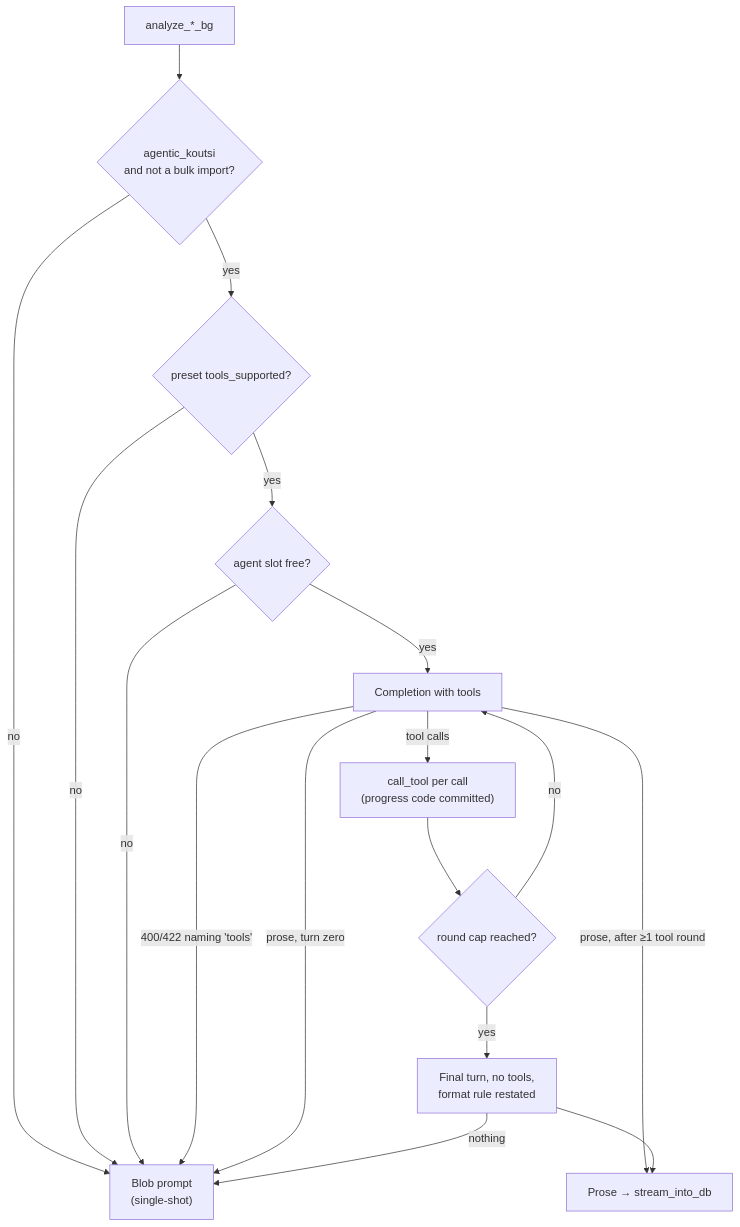
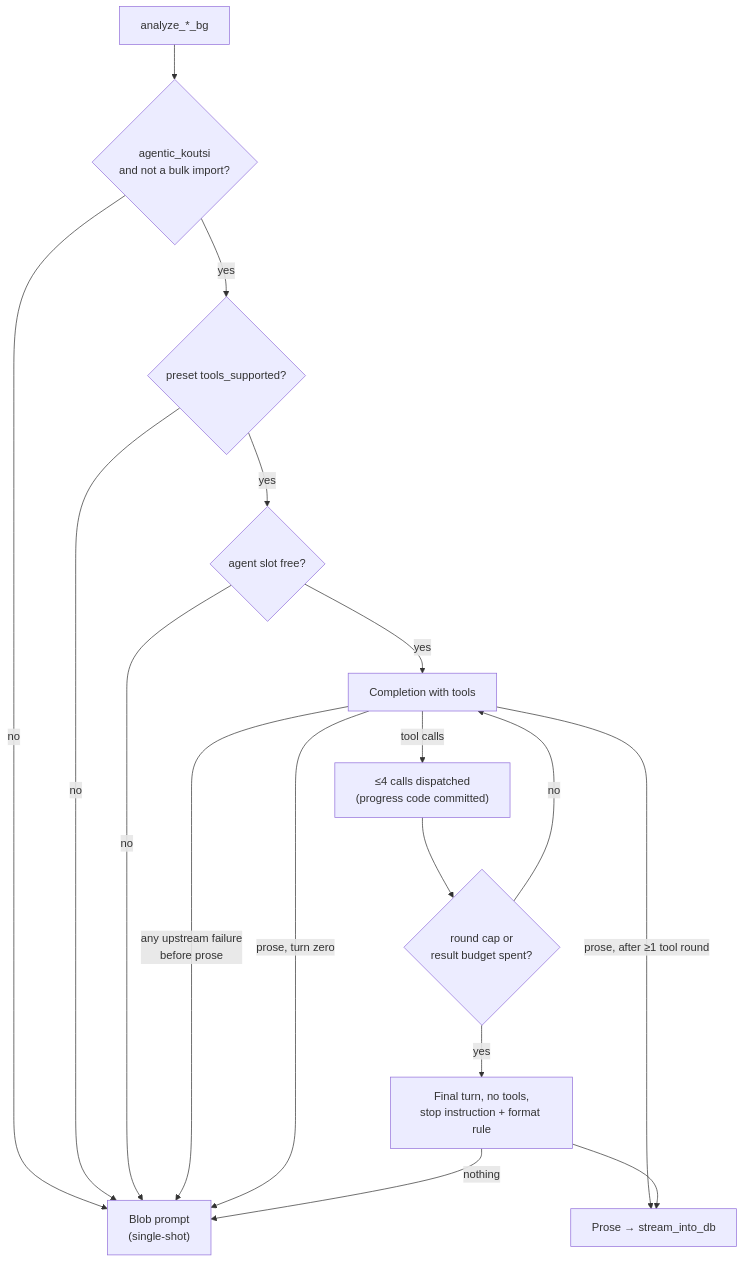
One commit to openkoutsi/openkoutsi-arch changed the second of 2 diagrams in docs/architecture/llm.md. Above: the diagram before and after it, drawn with Mermaid. The commit also changed other lines of this file, not shown here.

First line of the commit message:
Follow the loop's review round back into the architecture (#43)

````diff
--- a/docs/architecture/llm.md
+++ b/docs/architecture/llm.md
@@ -188,19 +188,19 @@
 ```mermaid
 flowchart TD
     Start["analyze_*_bg"] --> Opt{"agentic_koutsi<br/>and not a bulk import?"}
     Opt -->|no| Blob["Blob prompt<br/>(single-shot)"]
     Opt -->|yes| Cfg{"preset tools_supported?"}
     Cfg -->|no| Blob
     Cfg -->|yes| Slot{"agent slot free?"}
     Slot -->|no| Blob
     Slot -->|yes| Turn["Completion with tools"]
-    Turn -->|"400/422 naming 'tools'"| Blob
-    Turn -->|"tool calls"| Dispatch["call_tool per call<br/>(progress code committed)"]
-    Dispatch --> Cap{"round cap reached?"}
+    Turn -->|"any upstream failure<br/>before prose"| Blob
+    Turn -->|"tool calls"| Dispatch["≤4 calls dispatched<br/>(progress code committed)"]
+    Dispatch --> Cap{"round cap or<br/>result budget spent?"}
     Cap -->|no| Turn
-    Cap -->|yes| Forced["Final turn, no tools,<br/>format rule restated"]
+    Cap -->|yes| Forced["Final turn, no tools,<br/>stop instruction + format rule"]
     Turn -->|"prose, after ≥1 tool round"| Answer["Prose → stream_into_db"]
     Forced --> Answer
     Turn -->|"prose, turn zero"| Blob
     Forced -->|"nothing"| Blob
 ```
````
